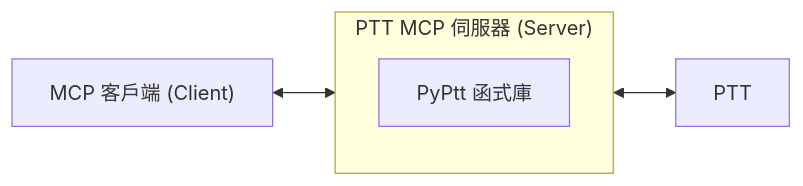
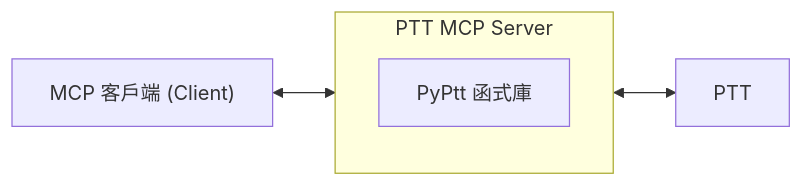
Before and after one commit to PyPtt/ptt_mcp_server: the diagram in README.md, drawn with Mermaid. The commit also changed 2 other files, not shown here.

Commit message:
chore: adjust auto version logic.

````diff
--- a/README.md
+++ b/README.md
@@ -85,13 +85,13 @@
 ```mermaid
 graph LR
     A["MCP 客戶端 (Client)"]
 
-    subgraph B ["PTT MCP 伺服器 (Server)"]
+    subgraph B ["PTT MCP Server"]
         D["PyPtt 函式庫"]
     end
 
     C["PTT"]
 
     A <--> B
     B <--> C
 ```
````
